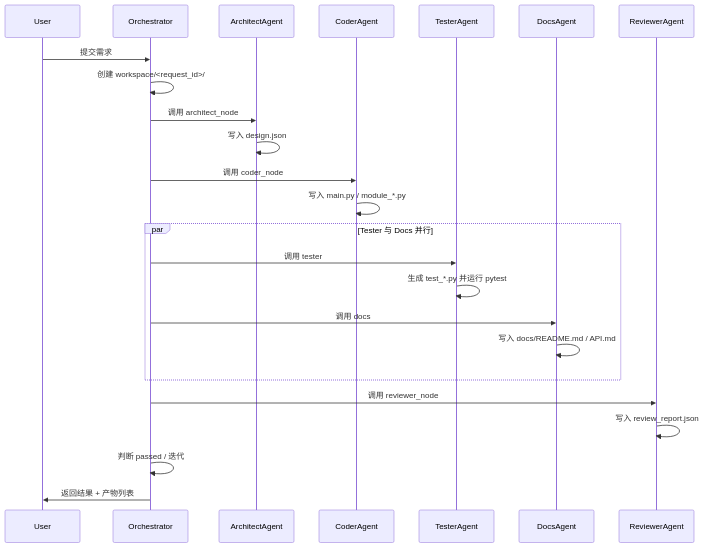
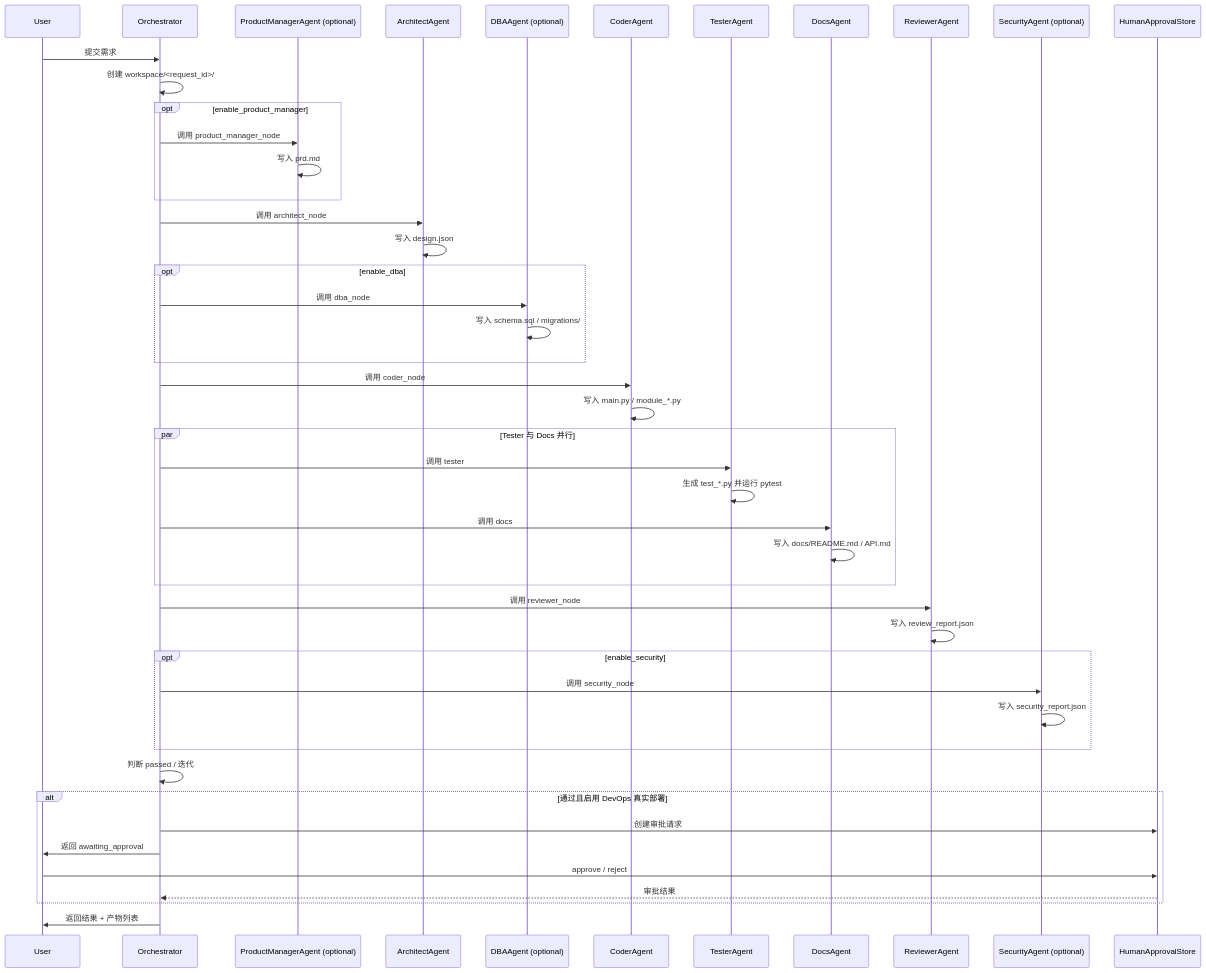
The third of 3 diagrams in ARCHITECTURE.md (colbertlee/dev-agent-system), drawn with Mermaid before and after one commit. The commit also changed other lines of this file and 25 other files, not shown here.

````diff
--- a/ARCHITECTURE.md
+++ b/ARCHITECTURE.md
@@ -102,27 +121,49 @@
 ```mermaid
 sequenceDiagram
     participant U as User
     participant O as Orchestrator
+    participant PM as ProductManagerAgent (optional)
     participant A as ArchitectAgent
+    participant DBA as DBAAgent (optional)
     participant C as CoderAgent
     participant T as TesterAgent
     participant D as DocsAgent
     participant R as ReviewerAgent
+    participant S as SecurityAgent (optional)
+    participant H as HumanApprovalStore
 
     U->>O: 提交需求
     O->>O: 创建 workspace/<request_id>/
+    opt enable_product_manager
+        O->>PM: 调用 product_manager_node
+        PM->>PM: 写入 prd.md
+    end
     O->>A: 调用 architect_node
     A->>A: 写入 design.json
+    opt enable_dba
+        O->>DBA: 调用 dba_node
+        DBA->>DBA: 写入 schema.sql / migrations/
+    end
     O->>C: 调用 coder_node
     C->>C: 写入 main.py / module_*.py
     par Tester 与 Docs 并行
         O->>T: 调用 tester
         T->>T: 生成 test_*.py 并运行 pytest
         O->>D: 调用 docs
         D->>D: 写入 docs/README.md / API.md
     end
     O->>R: 调用 reviewer_node
     R->>R: 写入 review_report.json
+    opt enable_security
+        O->>S: 调用 security_node
+        S->>S: 写入 security_report.json
+    end
     O->>O: 判断 passed / 迭代
+    alt 通过且启用 DevOps 真实部署
+        O->>H: 创建审批请求
+        O->>U: 返回 awaiting_approval
+        U->>H: approve / reject
+        H-->>O: 审批结果
+    end
     O->>U: 返回结果 + 产物列表
 ```
````
